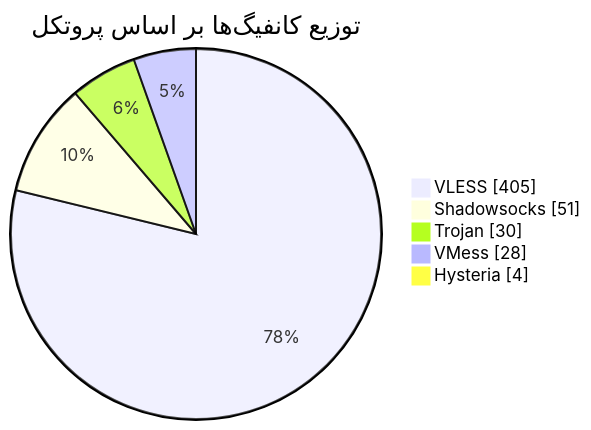
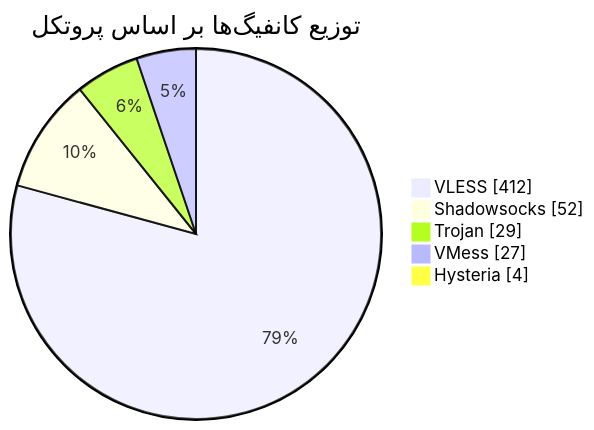
The diagram in README.md (Arian-Alijani/Somthing), drawn with Mermaid before and after one commit. The commit also changed other lines of this file and 73 other files, not shown here.

````diff
--- a/README.md
+++ b/README.md
@@ -47,9 +47,9 @@
 ```mermaid
 pie showData
     title توزیع کانفیگ‌ها بر اساس پروتکل
-    "VLESS" : 405
-    "Shadowsocks" : 51
-    "Trojan" : 30
-    "VMess" : 28
+    "VLESS" : 412
+    "Shadowsocks" : 52
+    "Trojan" : 29
+    "VMess" : 27
     "Hysteria" : 4
 ```
````
